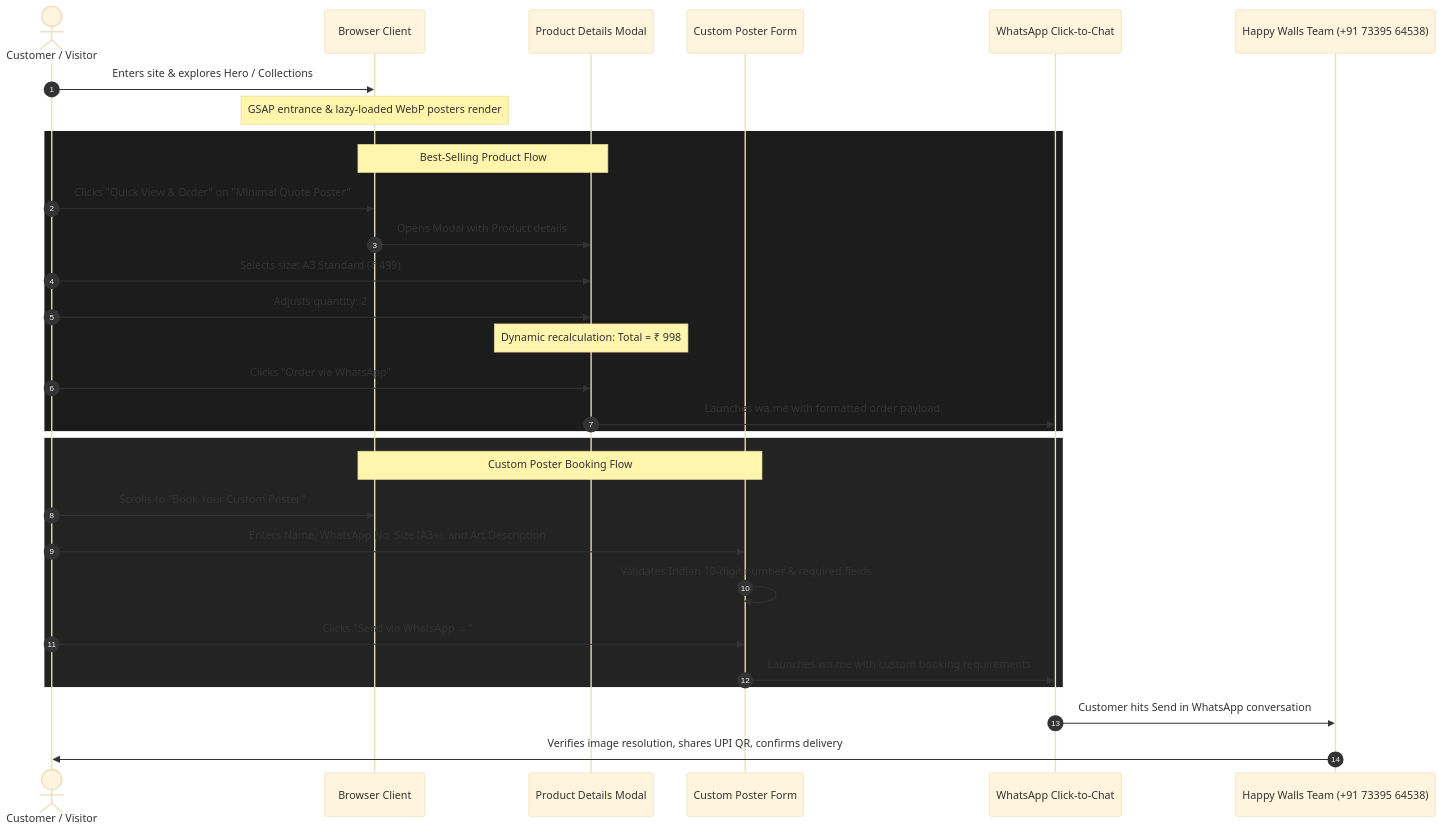
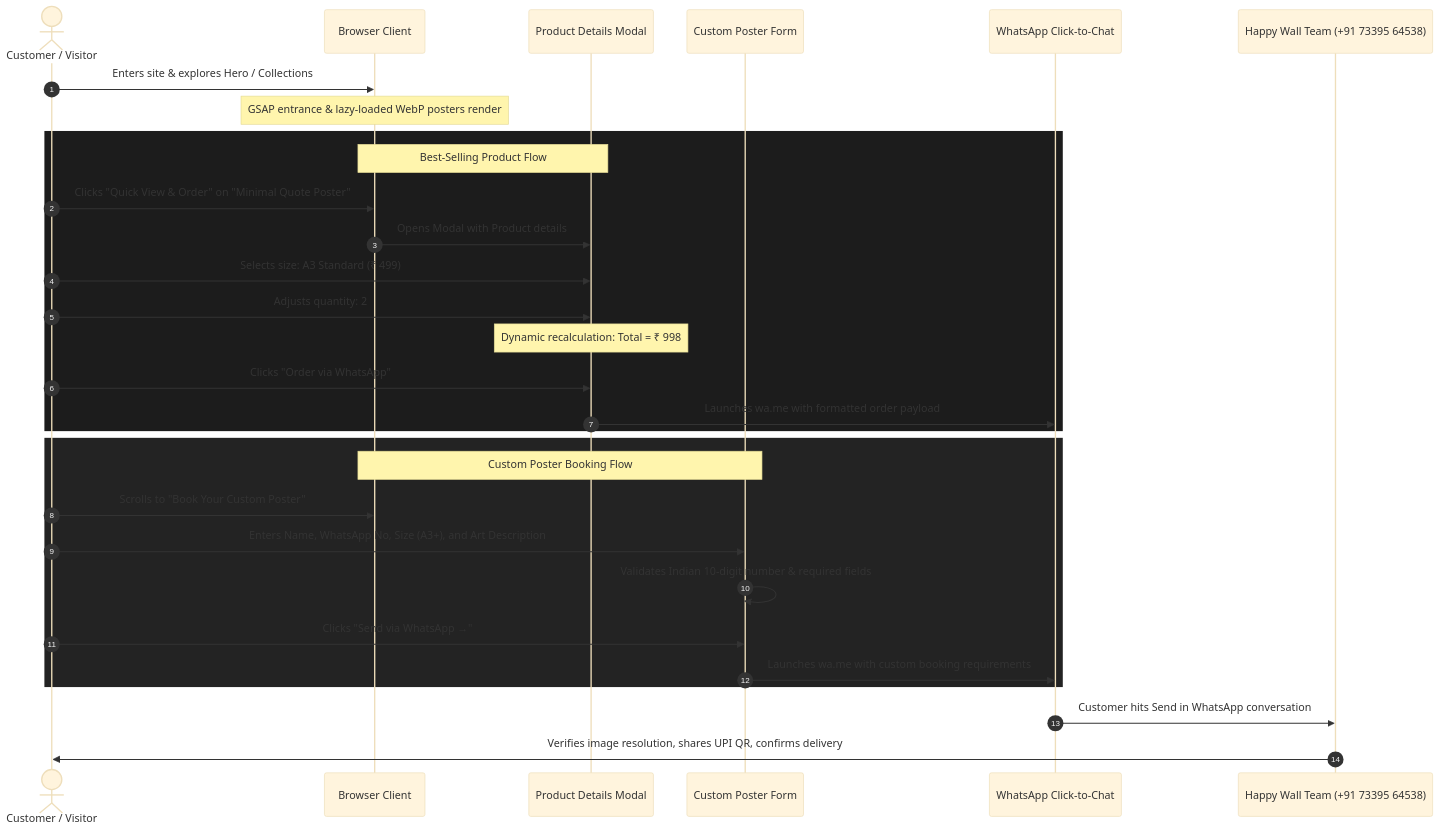
Before and after one commit to Think2xCreateOfficial/happywall: the diagram in docs/DATA-FLOW.md, drawn with Mermaid (base theme). The commit also changed other lines of this file and 94 other files, not shown here.

````diff
--- a/docs/DATA-FLOW.md
+++ b/docs/DATA-FLOW.md
@@ -10,36 +10,36 @@
 ```mermaid
 sequenceDiagram
     autonumber
     actor Customer as Customer / Visitor
     participant Browser as Browser Client
     participant Modal as Product Details Modal
     participant Form as Custom Poster Form
     participant WhatsApp as WhatsApp Click-to-Chat
-    participant Owner as Happy Walls Team (+91 73395 64538)
+    participant Owner as Happy Wall Team (+91 73395 64538)
 
     Customer->>Browser: Enters site & explores Hero / Collections
     Note over Browser: GSAP entrance & lazy-loaded WebP posters render
     
     rect rgb(28, 28, 28)
         Note over Browser,Modal: Best-Selling Product Flow
         Customer->>Browser: Clicks "Quick View & Order" on "Minimal Quote Poster"
         Browser->>Modal: Opens Modal with Product details
         Customer->>Modal: Selects size: A3 Standard (₹ 499)
         Customer->>Modal: Adjusts quantity: 2
         Note over Modal: Dynamic recalculation: Total = ₹ 998
         Customer->>Modal: Clicks "Order via WhatsApp"
         Modal->>WhatsApp: Launches wa.me with formatted order payload
     end
 
     rect rgb(35, 35, 35)
         Note over Browser,Form: Custom Poster Booking Flow
         Customer->>Browser: Scrolls to "Book Your Custom Poster"
         Customer->>Form: Enters Name, WhatsApp No, Size (A3+), and Art Description
         Form->>Form: Validates Indian 10-digit number & required fields
         Customer->>Form: Clicks "Send via WhatsApp →"
         Form->>WhatsApp: Launches wa.me with custom booking requirements
     end
 
     WhatsApp->>Owner: Customer hits Send in WhatsApp conversation
     Owner->>Customer: Verifies image resolution, shares UPI QR, confirms delivery
 ```
````
